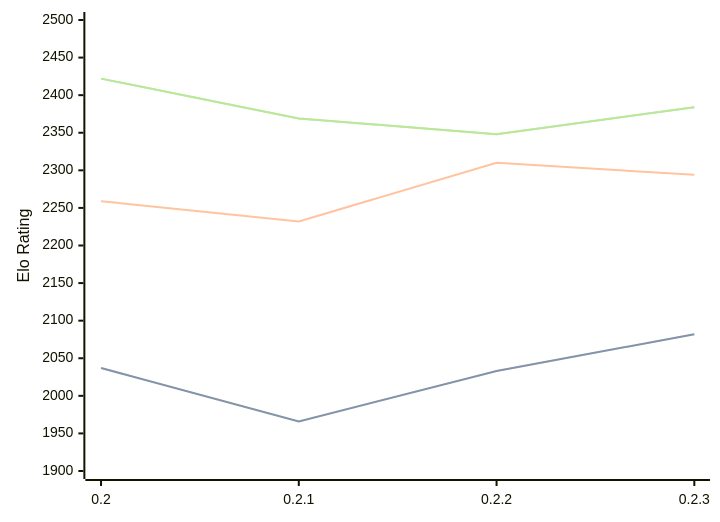
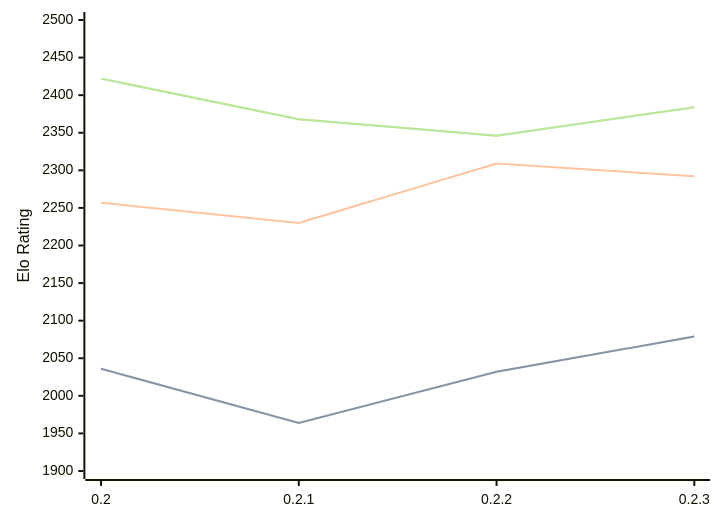
Before and after one commit to computer-chess-index/cci: the diagram in engines/Lolbot.md, drawn with Mermaid. The commit also changed other lines of this file, not shown here.

Commit message:
Update CCI Ratings (ELO VLTC) - 2026-03-08

````diff
--- a/engines/Lolbot.md
+++ b/engines/Lolbot.md
@@ -33,11 +33,11 @@
 ```mermaid
 %%{init: {"theme":"base","themeVariables":{"seriesColors:['#a3a3a3','#222221','#faa371']}}}%%
 xychart-beta
   x-axis ["0.2", "0.2.1", "0.2.2", "0.2.3"]
   y-axis "Elo Rating" 1900 --> 2500
-  line "STC (8.0+0.08s)" [2037, 1966, 2033, 2082]
-  line "STC (8.0+0.08s)" [2037, 1966, 2033, 2082]
-  line "LTC (60.0+0.60s)" [2259, 2232, 2310, 2294]
-  line "VLTC (2m24s+1.12s)" [2422, 2369, 2348, 2384]
-  line "VLTC (2m24s+1.12s)" [2422, 2369, 2348, 2384]
+  line "STC (8.0+0.08s)" [2036, 1964, 2032, 2079]
+  line "STC (8.0+0.08s)" [2036, 1964, 2032, 2079]
+  line "LTC (60.0+0.60s)" [2257, 2230, 2309, 2292]
+  line "VLTC (2m24s+1.12s)" [2422, 2368, 2346, 2384]
+  line "VLTC (2m24s+1.12s)" [2422, 2368, 2346, 2384]
 ```
````
